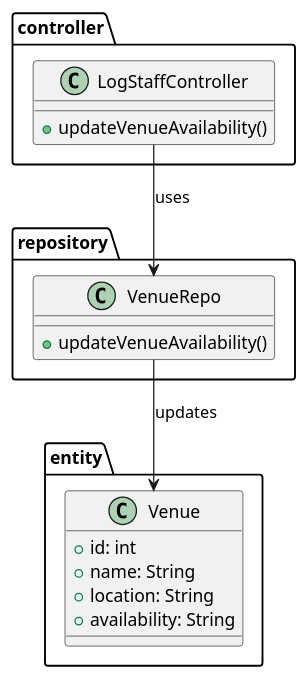
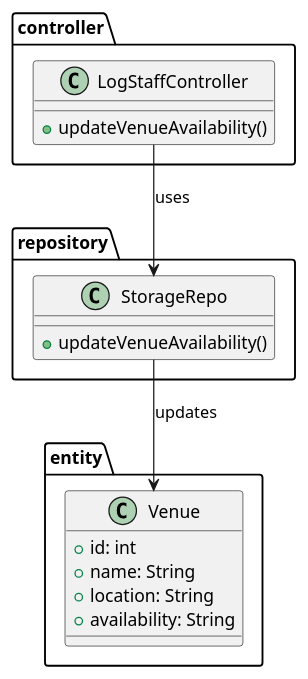
One commit to iamSlightlyWind/Legacy changed the diagram in SWD392/class_diagrams/49_update_venue_availability.puml. Above: the diagram before and after it, drawn with PlantUML. The commit also changed 34 other files, not shown here.

Commit message:
SWD392: Class Diagrams: Fixed Code Package missmatch

```diff
--- a/SWD392/class_diagrams/49_update_venue_availability.puml
+++ b/SWD392/class_diagrams/49_update_venue_availability.puml
@@ -1,25 +1,25 @@
 @startuml
 package controller {
     class LogStaffController {
         +updateVenueAvailability()
     }
 }
 
 package repository {
-    class VenueRepo {
+    class StorageRepo {
         +updateVenueAvailability()
     }
 }
 
 package entity {
     class Venue {
         +id: int
         +name: String
         +location: String
         +availability: String
     }
 }
 
-LogStaffController --> VenueRepo : uses
-VenueRepo --> Venue : updates
+LogStaffController --> StorageRepo : uses
+StorageRepo --> Venue : updates
 @enduml
```
